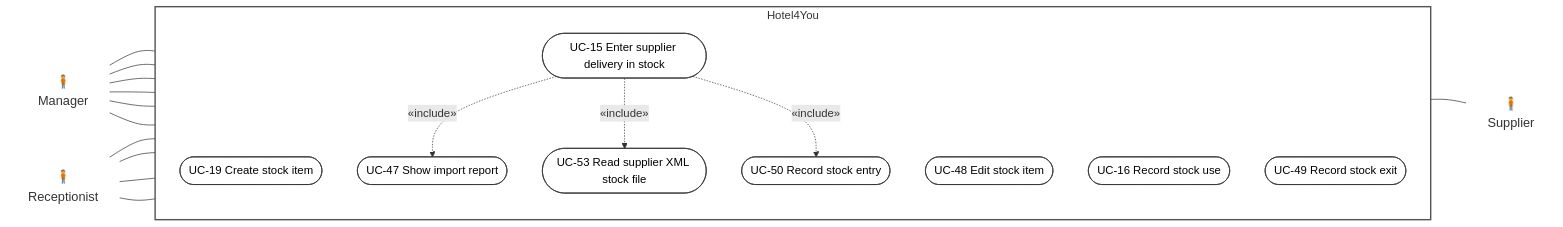
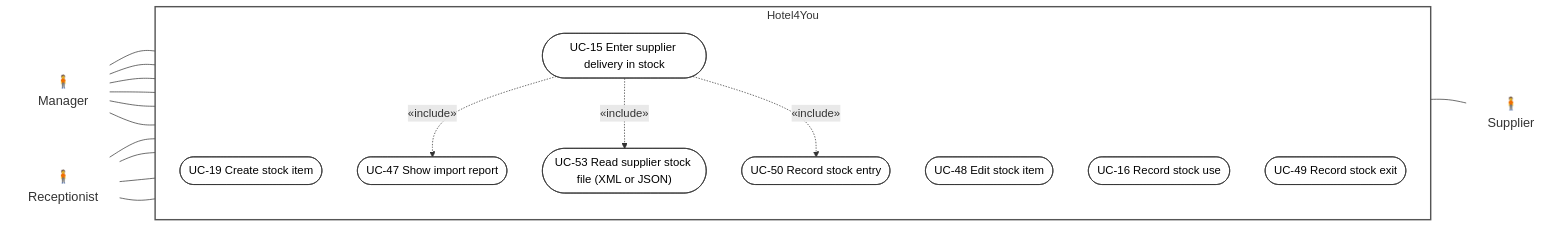
Before and after one commit to BorjaTiago/hotel4you: the seventh of 7 diagrams in docs/uml/use-cases.md, drawn with Mermaid. The commit also changed other lines of this file and 9 other files, not shown here.

Commit message:
H4Y-84 add the JSON supplier file to the UML diagrams and guides

````diff
--- a/docs/uml/use-cases.md
+++ b/docs/uml/use-cases.md
@@ -273,42 +273,42 @@
 ```mermaid
 flowchart LR
   %% Requirements: RF-28, RF-29. Decisions: Q-10, Q-17, Q-21, Q-34, Q-38, PR #20 decision (2026-10-21).
   Manager["🧍<br/>Manager"]:::actor
   Receptionist["🧍<br/>Receptionist"]:::actor
 
   subgraph Hotel4You["Hotel4You"]
     direction TB
     UC19(["UC-19 Create stock item"]):::uc
     UC48(["UC-48 Edit stock item"]):::uc
     UC15(["UC-15 Enter supplier delivery in stock"]):::uc
     UC47(["UC-47 Show import report"]):::uc
     UC50(["UC-50 Record stock entry"]):::uc
-    UC53(["UC-53 Read supplier XML stock file"]):::uc
+    UC53(["UC-53 Read supplier stock file (XML or JSON)"]):::uc
     UC16(["UC-16 Record stock use"]):::uc
     UC49(["UC-49 Record stock exit"]):::uc
   end
 
   Supplier["🧍<br/>Supplier"]:::actor
 
   Manager --- UC19
   Manager --- UC48
   Manager --- UC15
   Receptionist --- UC15
   Manager --- UC50
   Receptionist --- UC50
   Manager --- UC16
   Receptionist --- UC16
   Manager --- UC49
   Receptionist --- UC49
   UC15 --- Supplier
   UC47 ~~~ Supplier
 
   UC15 -.->|"«include»"| UC47
   UC15 -.->|"«include»"| UC53
   UC15 -.->|"«include»"| UC50
   UC53 ~~~ Supplier
 
   classDef actor fill:none,stroke:none,font-size:18px
   classDef uc fill:#ffffff,stroke:#333333,color:#000000
   style Hotel4You fill:none,stroke:#555555,stroke-width:2px
 ```
````
